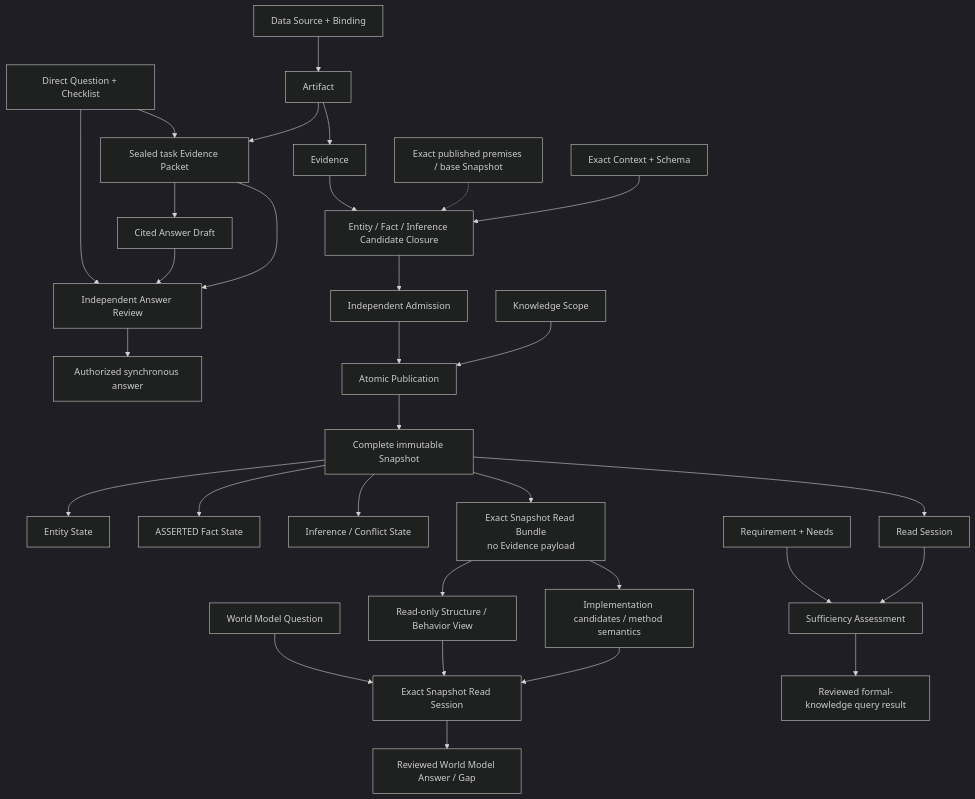
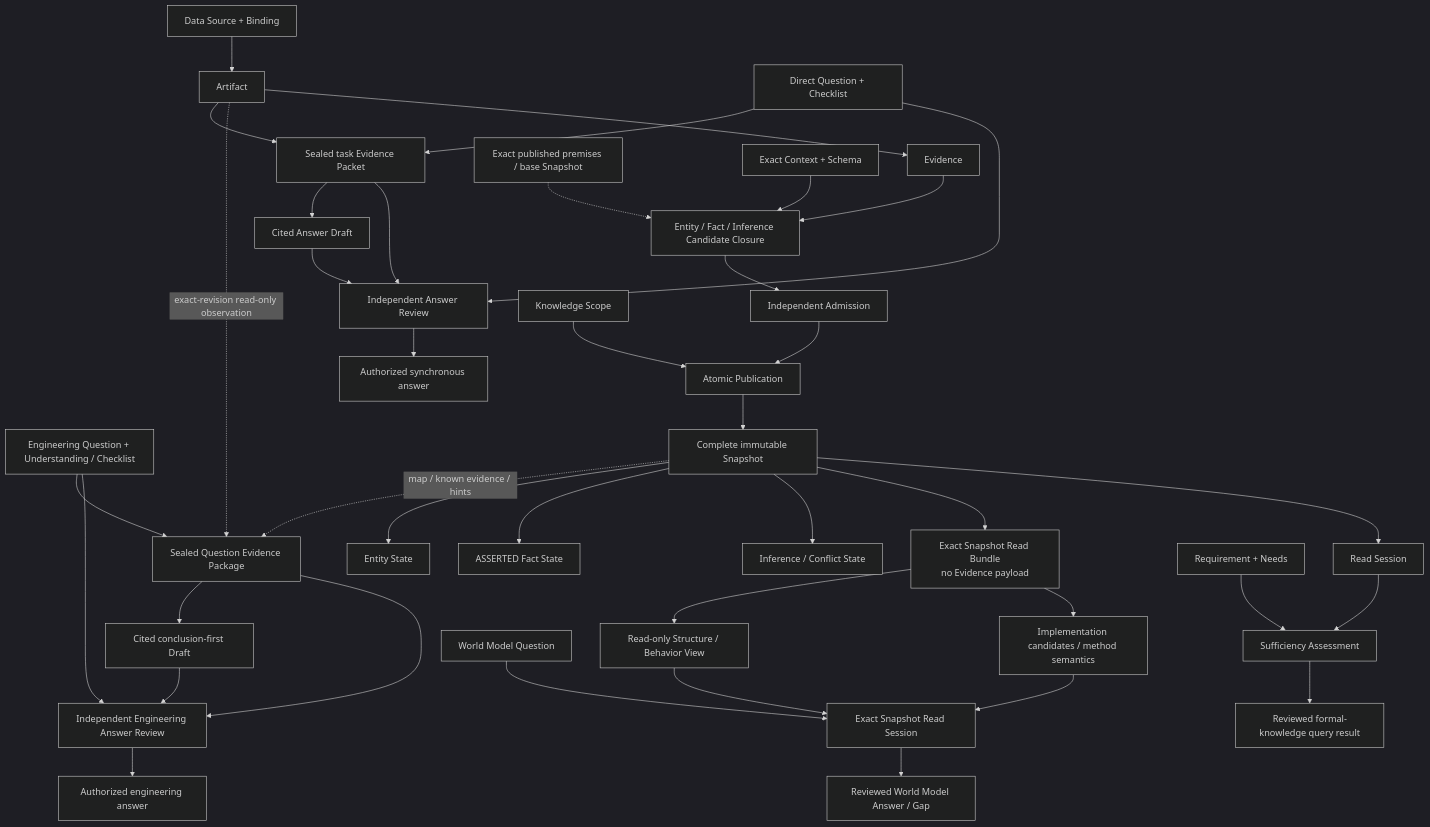
Before and after one commit to baitianxia/software-world-model: the diagram in docs/system/architecture/domain-model.md, drawn with Mermaid (dark theme). The commit also changed other lines of this file and 57 other files, not shown here.

````diff
--- a/docs/system/architecture/domain-model.md
+++ b/docs/system/architecture/domain-model.md
@@ -14,33 +14,41 @@
 ```mermaid
 flowchart TD
     DS["Data Source + Binding"] --> AR["Artifact"]
     Q["Direct Question + Checklist"] --> EP["Sealed task Evidence Packet"]
     AR --> EP
     EP --> DA["Cited Answer Draft"]
     Q --> RV["Independent Answer Review"]
     DA --> RV
     EP --> RV
     RV --> AA["Authorized synchronous answer"]
+    EQ["Engineering Question + Understanding / Checklist"] --> QEP["Sealed Question Evidence Package"]
+    SN -. "map / known evidence / hints" .-> QEP
+    AR -. "exact-revision read-only observation" .-> QEP
+    QEP --> EQA["Cited conclusion-first Draft"]
+    EQ --> EQR["Independent Engineering Answer Review"]
+    EQA --> EQR
+    QEP --> EQR
+    EQR --> EQD["Authorized engineering answer"]
     AR --> EV["Evidence"]
     EV --> CC["Entity / Fact / Inference Candidate Closure"]
     PS["Exact published premises / base Snapshot"] -.-> CC
     CX["Exact Context + Schema"] --> CC
     CC --> AD["Independent Admission"]
     AD --> PB["Atomic Publication"]
     KS["Knowledge Scope"] --> PB
     PB --> SN["Complete immutable Snapshot"]
     SN --> EN["Entity State"]
     SN --> FA["ASSERTED Fact State"]
     SN --> IN["Inference / Conflict State"]
     SN --> RB["Exact Snapshot Read Bundle<br/>no Evidence payload"]
     RB --> SV["Read-only Structure / Behavior View"]
     RB --> IQ["Implementation candidates / method semantics"]
     WQ["World Model Question"] --> WR["Exact Snapshot Read Session"]
     SV --> WR
     IQ --> WR
     WR --> WA["Reviewed World Model Answer / Gap"]
     SN --> RS["Read Session"]
     RQ["Requirement + Needs"] --> AS["Sufficiency Assessment"]
     RS --> AS
     AS --> KA["Reviewed formal-knowledge query result"]
 ```
````
